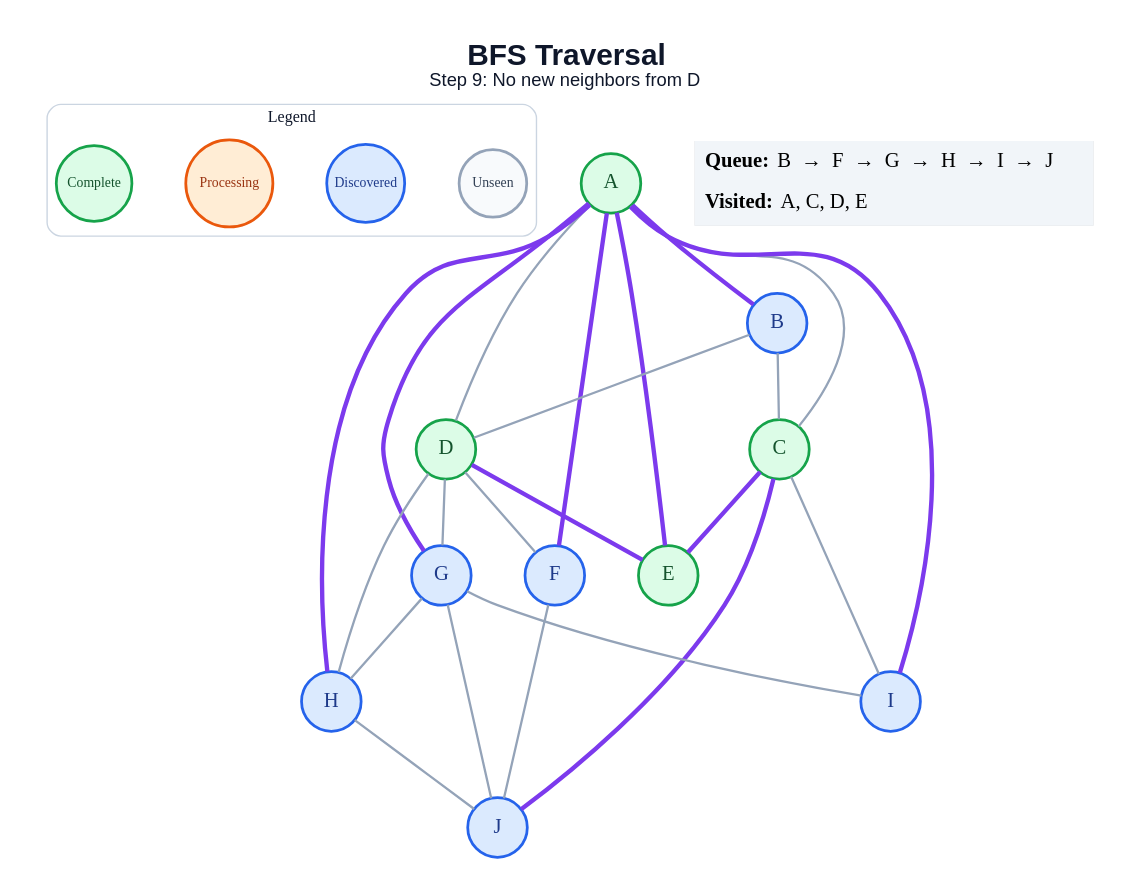
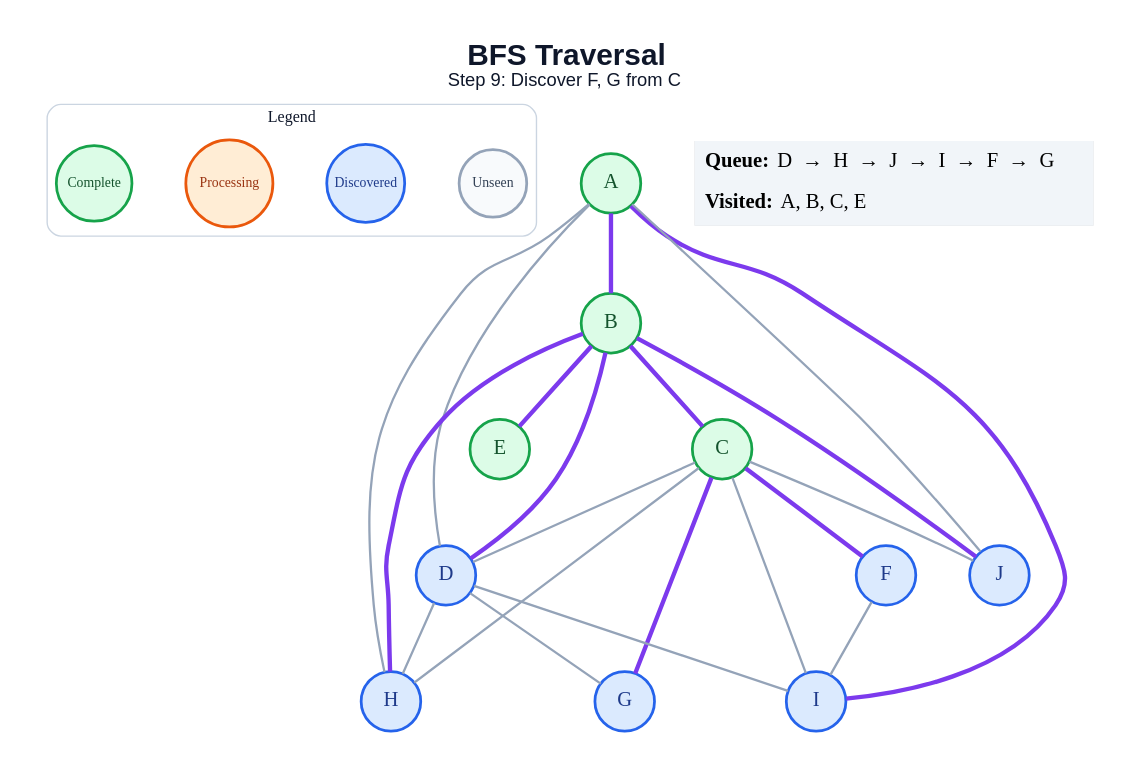
The diagram in generated/specific-node/bfs/step_09.dot (amanghodawala9/ai-slop), drawn with Graphviz before and after one commit. The commit also changed 178 other files, not shown here.

```diff
--- a/generated/specific-node/bfs/step_09.dot
+++ b/generated/specific-node/bfs/step_09.dot
@@ -1,51 +1,49 @@
 graph traversal {
   graph [layout=dot, rankdir=TB, bgcolor="#FFFFFF", pad="0.35", nodesep="0.65", ranksep="0.8", fontname="Arial"];
   node [shape=circle, style="filled", fontname="Arial Bold", fontsize=18, width=0.72, fixedsize=true, penwidth=2.4];
   edge [color="#94A3B8", penwidth=2.0];
-  label=<<B>BFS Traversal</B><BR/><FONT POINT-SIZE="16">Step 9: No new neighbors from D</FONT>>; labelloc="t"; fontsize=26; fontname="Arial"; fontcolor="#0F172A";
+  label=<<B>BFS Traversal</B><BR/><FONT POINT-SIZE="16">Step 9: Discover F, G from C</FONT>>; labelloc="t"; fontsize=26; fontname="Arial"; fontcolor="#0F172A";
   subgraph cluster_legend { label="Legend"; color="#CBD5E1"; penwidth=1.2; style="rounded"; fontsize=14; fontname="Arial Bold";
     key_unseen [label="Unseen", fillcolor="#F8FAFC", color="#94A3B8", fontcolor="#334155", fontsize=12, width=0.82];
     key_frontier [label="Discovered", fillcolor="#DBEAFE", color="#2563EB", fontcolor="#1E3A8A", fontsize=12, width=0.95];
     key_current [label="Processing", fillcolor="#FFEDD5", color="#EA580C", fontcolor="#9A3412", fontsize=12, width=1.05];
     key_done [label="Complete", fillcolor="#DCFCE7", color="#16A34A", fontcolor="#14532D", fontsize=12, width=0.92];
     { rank=same; key_unseen; key_frontier; key_current; key_done; }
   }
   A [fillcolor="#DCFCE7", color="#16A34A", fontcolor="#14532D"];
-  B [fillcolor="#DBEAFE", color="#2563EB", fontcolor="#1E3A8A"];
+  B [fillcolor="#DCFCE7", color="#16A34A", fontcolor="#14532D"];
   C [fillcolor="#DCFCE7", color="#16A34A", fontcolor="#14532D"];
-  D [fillcolor="#DCFCE7", color="#16A34A", fontcolor="#14532D"];
+  D [fillcolor="#DBEAFE", color="#2563EB", fontcolor="#1E3A8A"];
   E [fillcolor="#DCFCE7", color="#16A34A", fontcolor="#14532D"];
   F [fillcolor="#DBEAFE", color="#2563EB", fontcolor="#1E3A8A"];
   G [fillcolor="#DBEAFE", color="#2563EB", fontcolor="#1E3A8A"];
   H [fillcolor="#DBEAFE", color="#2563EB", fontcolor="#1E3A8A"];
   I [fillcolor="#DBEAFE", color="#2563EB", fontcolor="#1E3A8A"];
   J [fillcolor="#DBEAFE", color="#2563EB", fontcolor="#1E3A8A"];
   A -- B [color="#7C3AED", penwidth=3.8];
-  A -- C;
   A -- D;
-  A -- E [color="#7C3AED", penwidth=3.8];
-  A -- F [color="#7C3AED", penwidth=3.8];
-  A -- G [color="#7C3AED", penwidth=3.8];
-  A -- H [color="#7C3AED", penwidth=3.8];
+  A -- H;
   A -- I [color="#7C3AED", penwidth=3.8];
-  B -- C;
-  B -- D;
-  C -- E [color="#7C3AED", penwidth=3.8];
+  A -- J;
+  B -- C [color="#7C3AED", penwidth=3.8];
+  B -- D [color="#7C3AED", penwidth=3.8];
+  B -- E [color="#7C3AED", penwidth=3.8];
+  B -- H [color="#7C3AED", penwidth=3.8];
+  B -- J [color="#7C3AED", penwidth=3.8];
+  C -- D;
+  C -- F [color="#7C3AED", penwidth=3.8];
+  C -- G [color="#7C3AED", penwidth=3.8];
+  C -- H;
   C -- I;
-  C -- J [color="#7C3AED", penwidth=3.8];
-  D -- E [color="#7C3AED", penwidth=3.8];
-  D -- F;
+  C -- J;
   D -- G;
   D -- H;
-  F -- J;
-  G -- H;
-  G -- I;
-  G -- J;
-  H -- J;
+  D -- I;
+  F -- I;
   status [shape=plain, fixedsize=false, width=0, height=0, margin=0, label=<
     <TABLE BORDER="0" CELLBORDER="0" CELLPADDING="7" BGCOLOR="#F1F5F9">
-      <TR><TD ALIGN="LEFT"><B>Queue:</B> B  →  F  →  G  →  H  →  I  →  J</TD></TR>
-      <TR><TD ALIGN="LEFT"><B>Visited:</B> A, C, D, E</TD></TR>
+      <TR><TD ALIGN="LEFT"><B>Queue:</B> D  →  H  →  J  →  I  →  F  →  G</TD></TR>
+      <TR><TD ALIGN="LEFT"><B>Visited:</B> A, B, C, E</TD></TR>
     </TABLE>
   >];
 }
```
